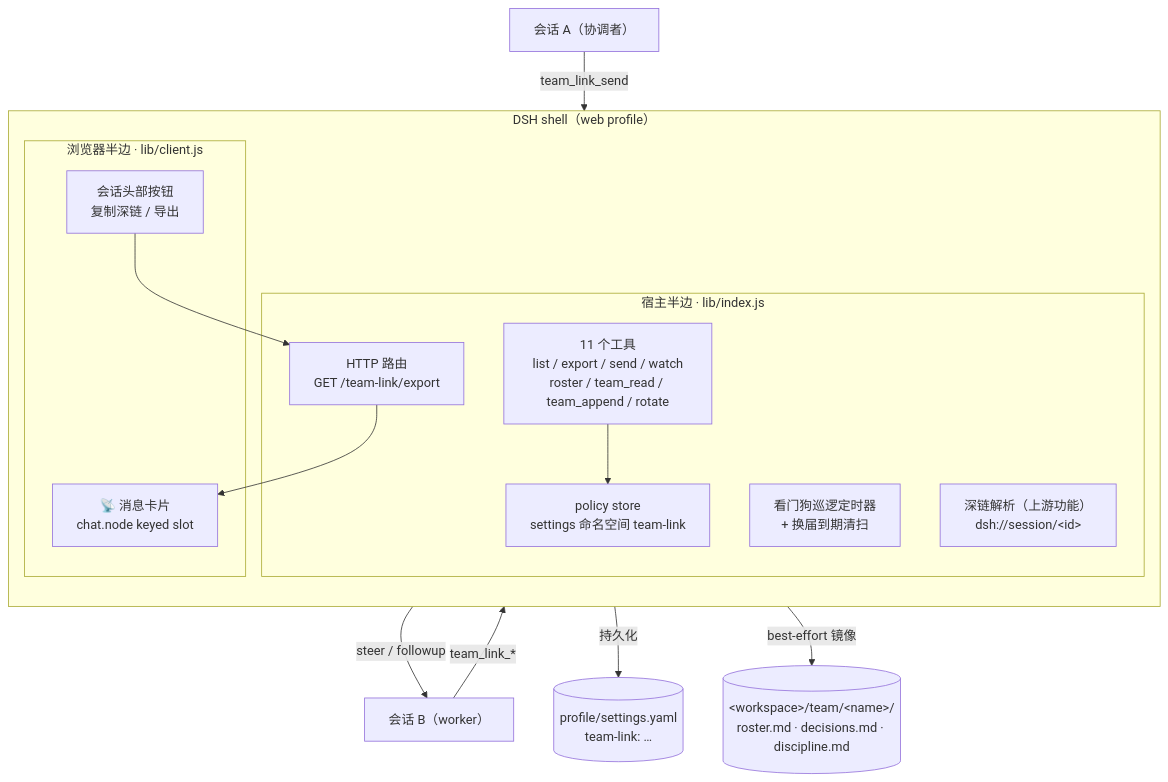
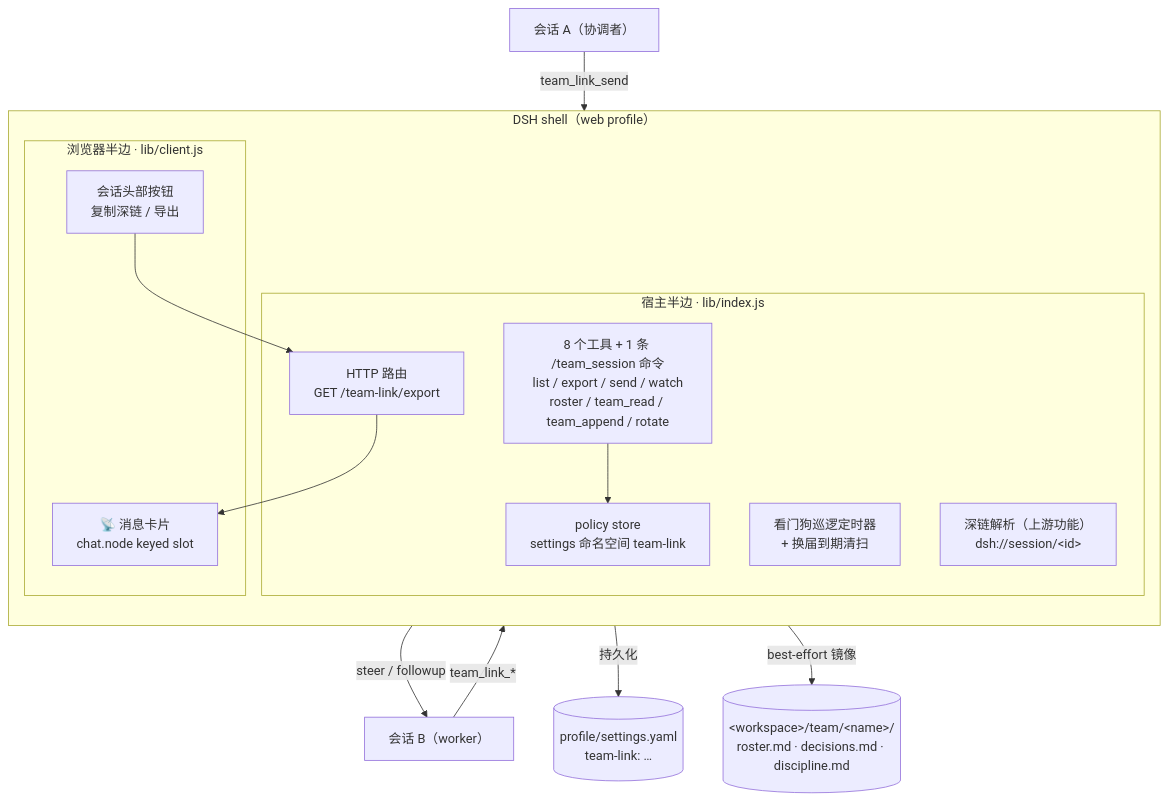
The first of 8 diagrams in README.md (shenhuanageshei/dsh-team-link), drawn with Mermaid before and after one commit. The commit also changed other lines of this file and 2 other files, not shown here.

````diff
--- a/README.md
+++ b/README.md
@@ -77,25 +77,25 @@
 ```mermaid
 flowchart TB
     subgraph Shell["DSH shell（web profile）"]
         direction TB
         subgraph Host["宿主半边 · lib/index.js"]
-            T["11 个工具<br/>list / export / send / watch<br/>roster / team_read / team_append / rotate"]
+            T["8 个工具 + 1 条 /team_session 命令<br/>list / export / send / watch<br/>roster / team_read / team_append / rotate"]
             R["HTTP 路由<br/>GET /team-link/export"]
             W["看门狗巡逻定时器<br/>+ 换届到期清扫"]
             DL["深链解析（上游功能）<br/>dsh://session/&lt;id&gt;"]
             ST["policy store<br/>settings 命名空间 team-link"]
         end
         subgraph Client["浏览器半边 · lib/client.js"]
             CARD["📡 消息卡片<br/>chat.node keyed slot"]
             BTN["会话头部按钮<br/>复制深链 / 导出"]
         end
     end
     S1["会话 A（协调者）"] -->|team_link_send| T
     S2["会话 B（worker）"] -->|team_link_*| T
     T -->|steer / followup| S2
     T --> ST
     ST -->|持久化| YAML[("profile/settings.yaml<br/>team-link: …")]
     T -->|best-effort 镜像| BB[("&lt;workspace&gt;/team/&lt;name&gt;/<br/>roster.md · decisions.md · discipline.md")]
     R --> CARD
     BTN --> R
 ```
````
